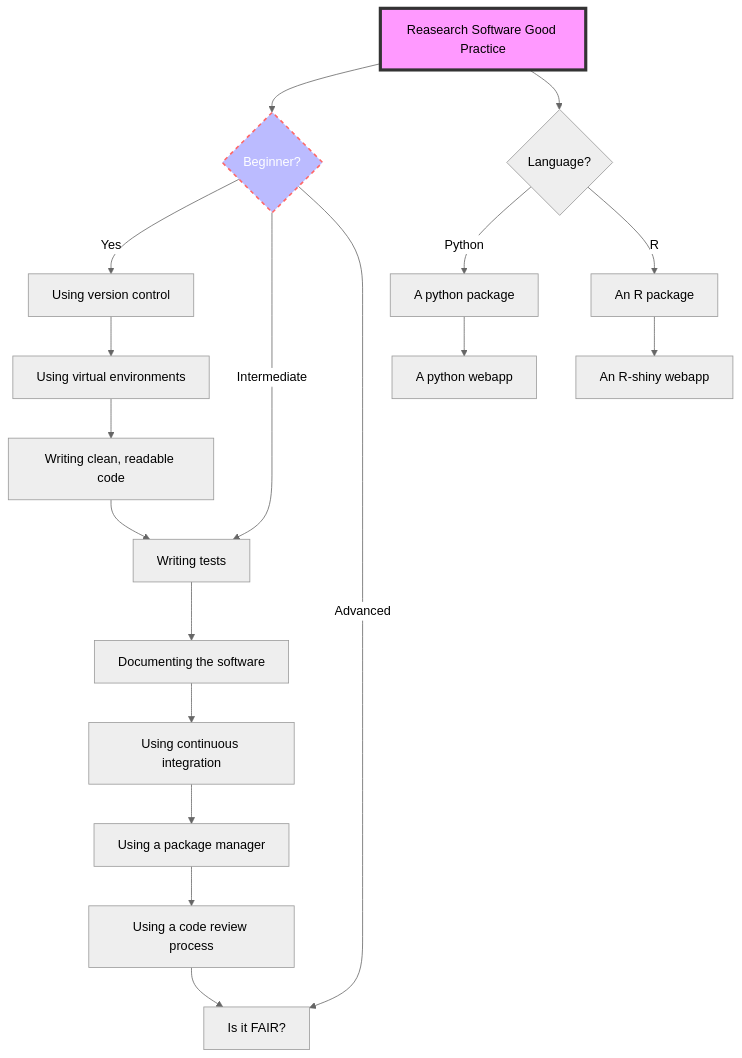
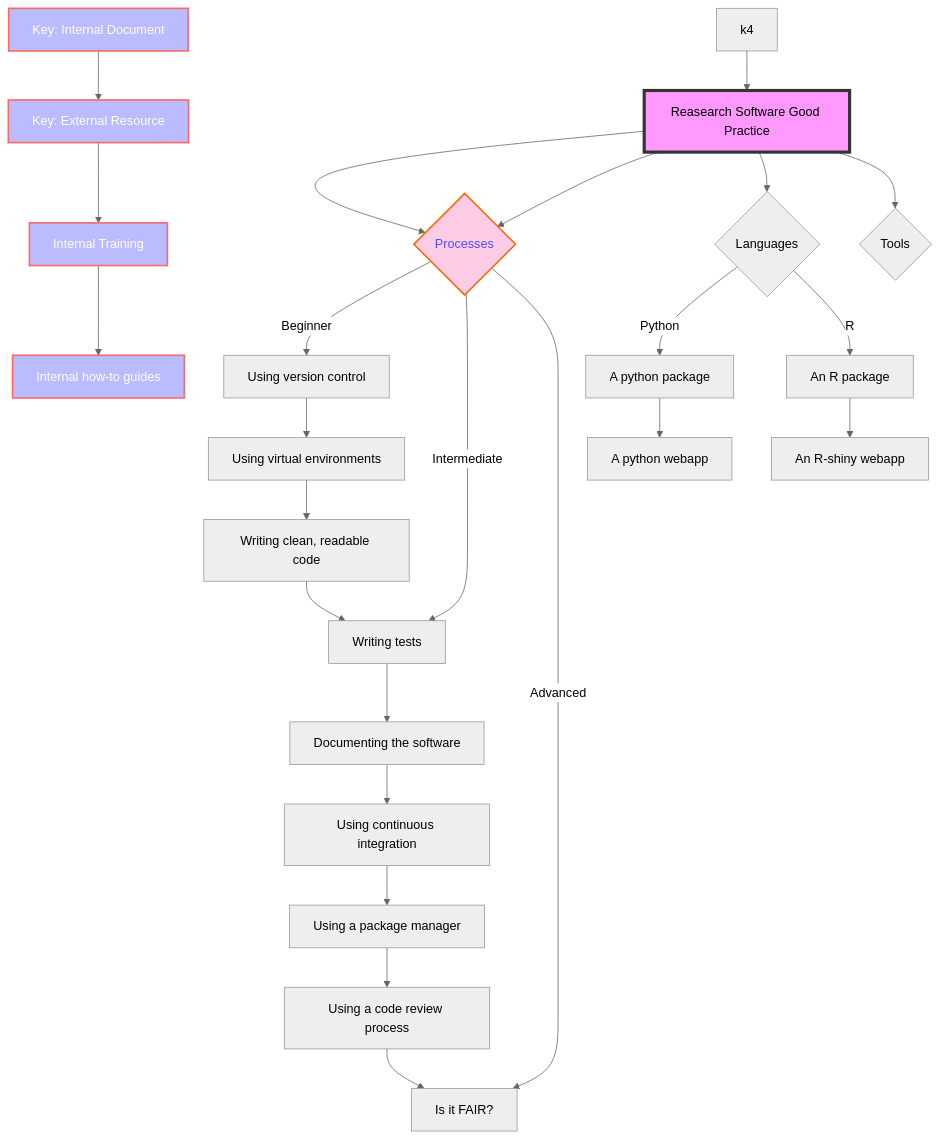
The diagram in docs/index.md (ICR-SC/good-practice), drawn with Mermaid (neutral theme) before and after one commit.

Commit message:
changed colours

````diff
--- a/docs/index.md
+++ b/docs/index.md
@@ -6,23 +6,33 @@
 ``` mermaid
 graph TD
-  A[Reasearch Software Good Practice] --> B{Beginner?};
-  B -->|Yes| C[Using version control];
+  K1[Key: Internal Document] --> K2[Key: External Resource];
+  K2 --> K3[Internal Training];
+  K3 --> K4[Internal how-to guides];
+  k4 --> A[Reasearch Software Good Practice];
+  A --> B{Process};
+  A[Reasearch Software Good Practice] --> B{Processes};
+  B -->|Beginner| C[Using version control];
   C --> D[Using virtual environments];
   D --> E[Writing clean, readable code];
   E --> F[Writing tests];
   B ---->|Intermediate| F;
   F --> G[Documenting the software];
   G --> H[Using continuous integration];
   H --> I[Using a package manager];
   I --> J[Using a code review process];
   J --> K[Is it FAIR?];
   B ---->|Advanced| K;  
-  A --> EB{Language?};
+  A --> EB{Languages};
   EB --> |Python| PA[A python package];
   PA --> PB[A python webapp];
   EB --> |R| RA[An R package];
   RA --> RB[An R-shiny webapp];
+  A --> TA{Tools};
   click B "https://www.github.com" "This is a tooltip for a link"
   style A fill:#f9f,stroke:#333,stroke-width:4px
-  style B fill:#bbf,stroke:#f66,stroke-width:2px,color:#fff,stroke-dasharray: 5 5
+  style B fill:#ffcce6,stroke:#ff6600,stroke-width:2px,color:#4d4dff
+  style K1 fill:#bbf,stroke:#f66,stroke-width:2px,color:#fff
+  style K2 fill:#bbf,stroke:#f66,stroke-width:2px,color:#fff
+  style K3 fill:#bbf,stroke:#f66,stroke-width:2px,color:#fff
+  style K4 fill:#bbf,stroke:#f66,stroke-width:2px,color:#fff
 ```
````
